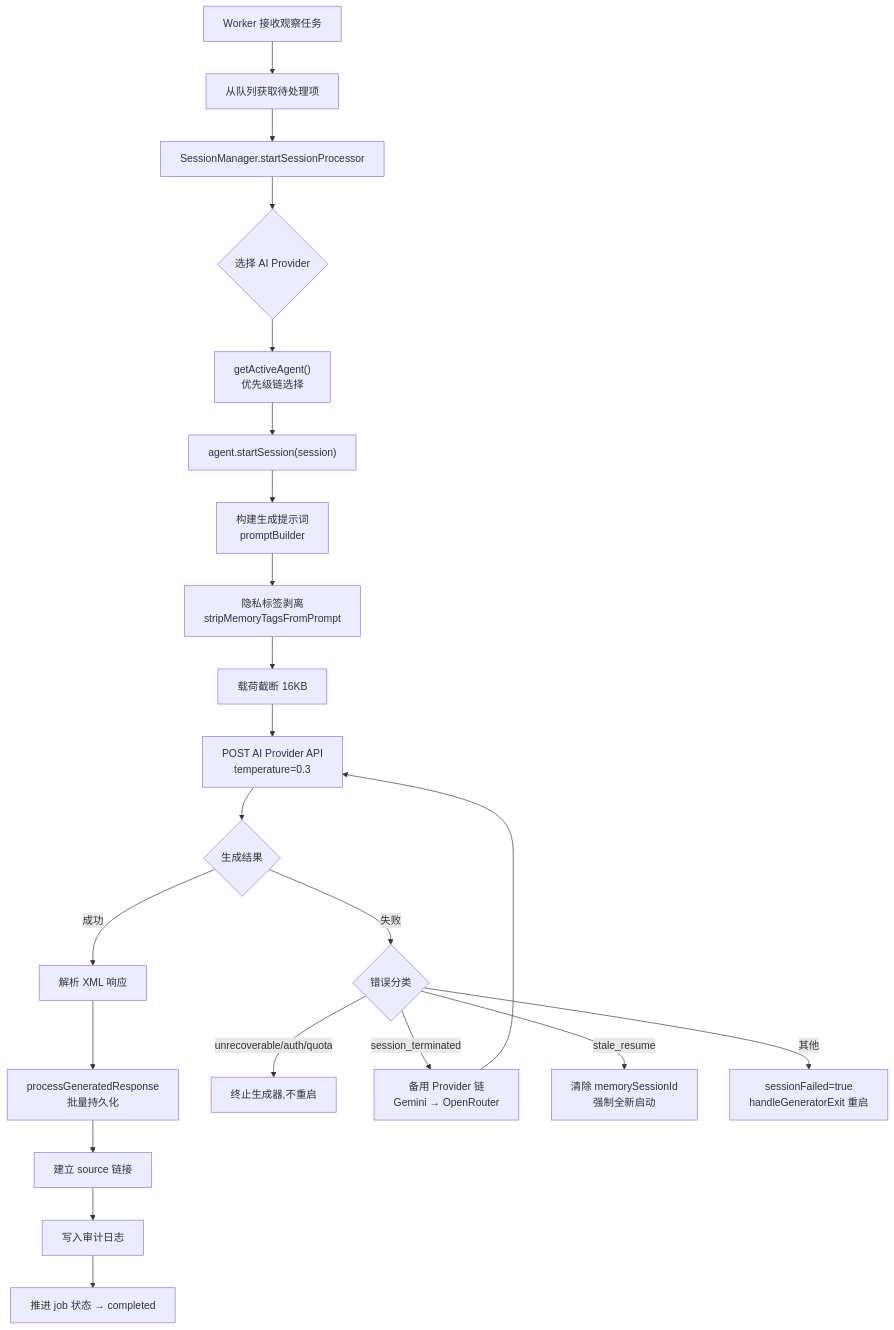
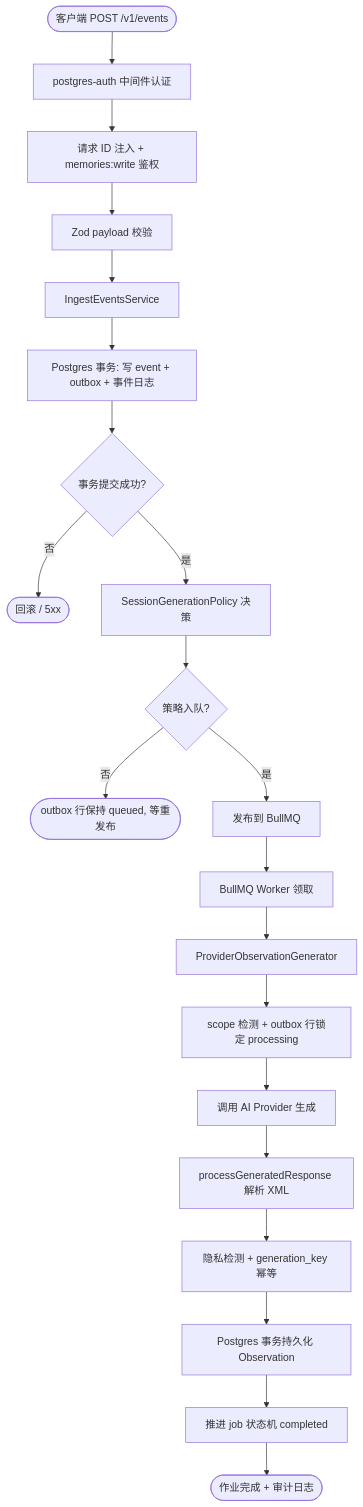
Before and after one commit to sharesdoc/claude-mem: the fifth of 8 diagrams in doc/A-系统需求文档.md, drawn with Mermaid. The commit also changed other lines of this file and 22 other files, not shown here.

````diff
--- a/doc/A-系统需求文档.md
+++ b/doc/A-系统需求文档.md
@@ -451,24 +455,23 @@
 ```mermaid
 flowchart TB
-    A["Worker 接收观察任务"] --> B["从队列获取待处理项"]
-    B --> C["SessionManager.startSessionProcessor"]
-    C --> D{"选择 AI Provider"}
-    D --> E["getActiveAgent()<br/>优先级链选择"]
-    E --> F["agent.startSession(session)"]
-    F --> G["构建生成提示词<br/>promptBuilder"]
-    G --> H["隐私标签剥离<br/>stripMemoryTagsFromPrompt"]
-    H --> I["载荷截断 16KB"]
-    I --> J["POST AI Provider API<br/>temperature=0.3"]
-    J --> K{"生成结果"}
-    K -- 成功 --> L["解析 XML 响应"]
-    L --> M["processGeneratedResponse<br/>批量持久化"]
-    M --> N["建立 source 链接"]
-    N --> O["写入审计日志"]
-    O --> P["推进 job 状态 → completed"]
-    K -- 失败 --> Q{"错误分类"}
-    Q -- unrecoverable/auth/quota --> R["终止生成器,不重启"]
-    Q -- session_terminated --> S["备用 Provider 链<br/>Gemini → OpenRouter"]
-    Q -- stale_resume --> T["清除 memorySessionId<br/>强制全新启动"]
-    Q -- 其他 --> U["sessionFailed=true<br/>handleGeneratorExit 重启"]
-    S --> J
+    A([客户端 POST /v1/events]) --> B[postgres-auth 中间件认证]
+    B --> C[请求 ID 注入 + memories:write 鉴权]
+    C --> D[Zod payload 校验]
+    D --> E[IngestEventsService]
+    E --> F[Postgres 事务: 写 event + outbox + 事件日志]
+    F --> G{事务提交成功?}
+    G -->|否| Z1([回滚 / 5xx])
+    G -->|是| H[SessionGenerationPolicy 决策]
+    H --> I{策略入队?}
+    I -->|否| J([outbox 行保持 queued, 等重发布])
+    I -->|是| K[发布到 BullMQ]
+    K --> L[BullMQ Worker 领取]
+    L --> M[ProviderObservationGenerator]
+    M --> N[scope 检测 + outbox 行锁定 processing]
+    N --> O[调用 AI Provider 生成]
+    O --> P[processGeneratedResponse 解析 XML]
+    P --> Q[隐私检测 + generation_key 幂等]
+    Q --> R[Postgres 事务持久化 Observation]
+    R --> S[推进 job 状态机 completed]
+    S --> T([作业完成 + 审计日志])
 ```
````
